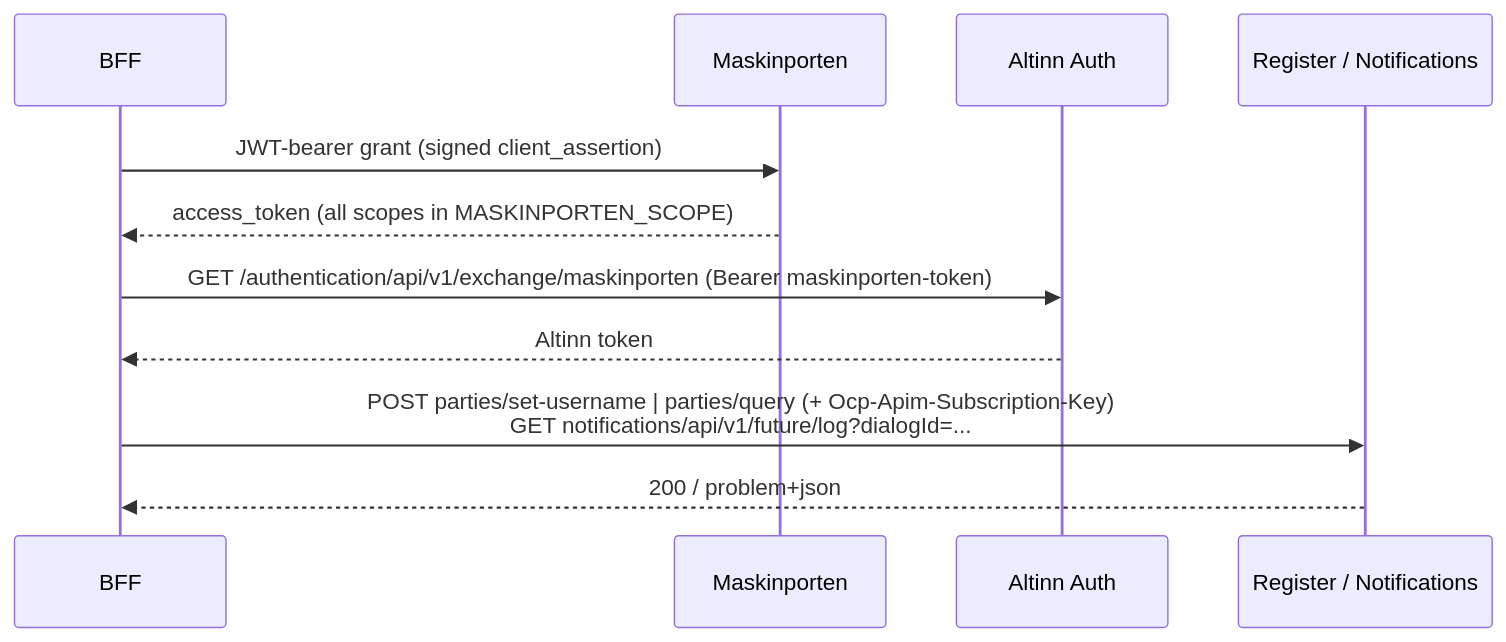
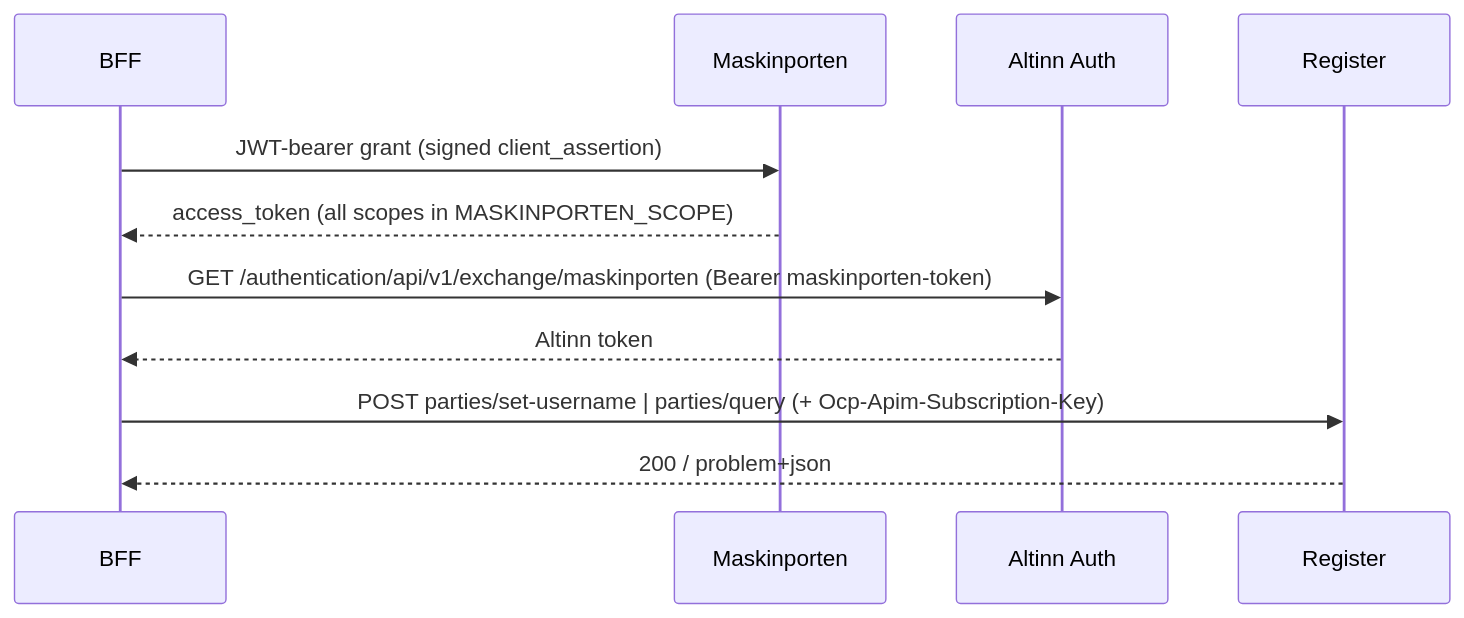
One commit to Altinn/dialogporten-frontend changed the diagram in packages/docs/src/content/docs/notes/maskinporten/maskinporten.mdx. Above: the diagram before and after it, drawn with Mermaid. The commit also changed other lines of this file, not shown here.

````diff
--- a/packages/docs/src/content/docs/notes/maskinporten/maskinporten.mdx
+++ b/packages/docs/src/content/docs/notes/maskinporten/maskinporten.mdx
@@ -12,14 +11,14 @@
 ```mermaid
 sequenceDiagram
     participant BFF
     participant Maskinporten
     participant Altinn as Altinn Auth
-    participant API as Register / Notifications
+    participant API as Register
 
     BFF->>Maskinporten: JWT-bearer grant (signed client_assertion)
     Maskinporten-->>BFF: access_token (all scopes in MASKINPORTEN_SCOPE)
     BFF->>Altinn: GET /authentication/api/v1/exchange/maskinporten (Bearer maskinporten-token)
     Altinn-->>BFF: Altinn token
-    BFF->>API: POST parties/set-username | parties/query (+ Ocp-Apim-Subscription-Key)<br/>GET notifications/api/v1/future/log?dialogId=...
+    BFF->>API: POST parties/set-username | parties/query (+ Ocp-Apim-Subscription-Key)
     API-->>BFF: 200 / problem+json
 ```
````
